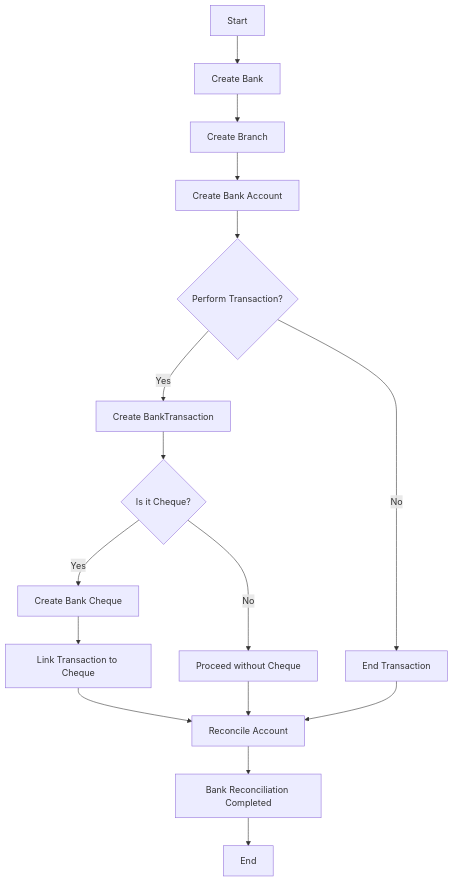
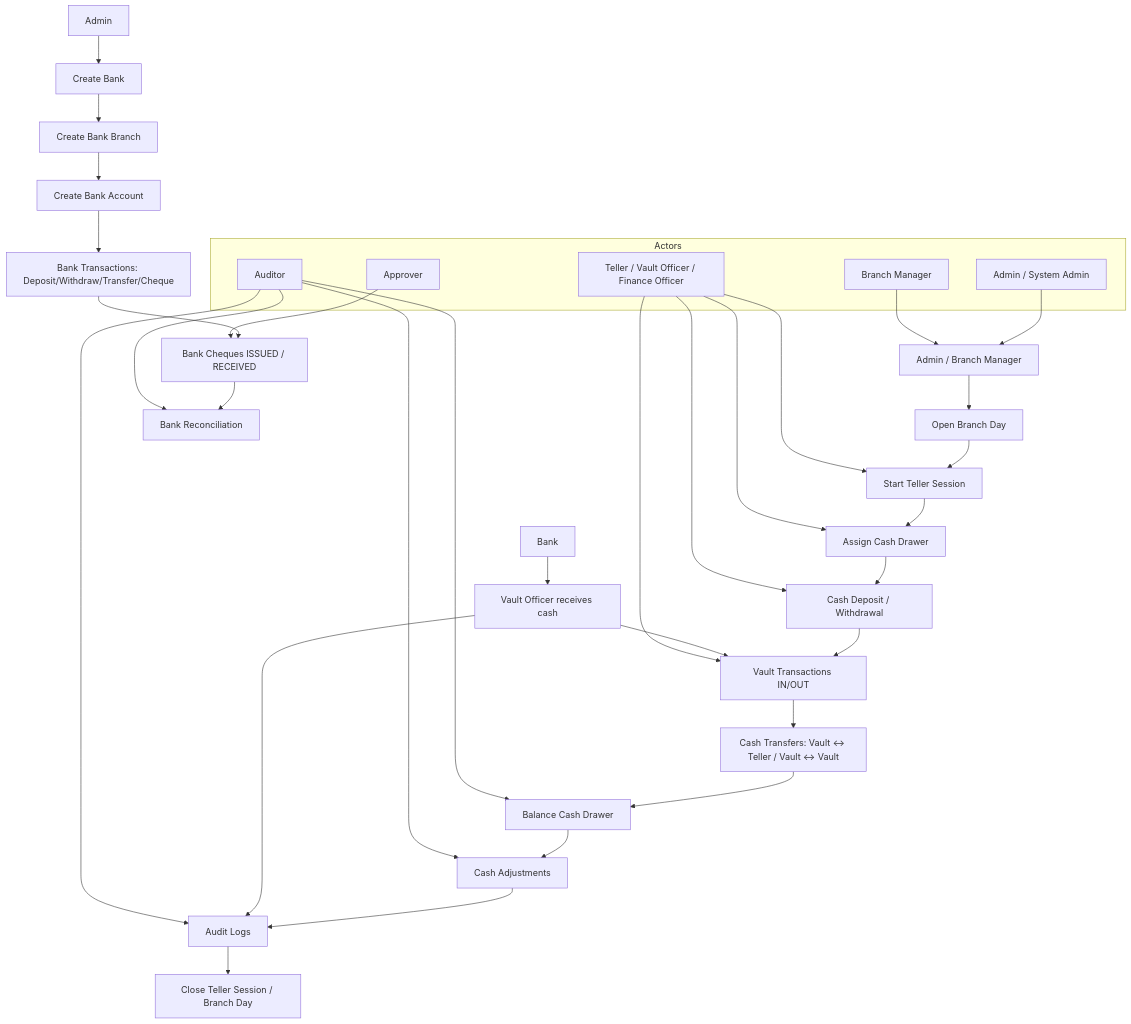
The diagram in _doc/bank_cash_module.md (Newton-Mitro/ccuss), drawn with Mermaid before and after one commit. The commit also changed other lines of this file and 51 other files, not shown here.

````diff
--- a/_doc/bank_cash_module.md
+++ b/_doc/bank_cash_module.md
@@ -84,21 +138,46 @@
 ```mermaid
 flowchart TD
-    A[Start] --> B[Create Bank]
-    B --> C[Create Branch]
-    C --> D[Create Bank Account]
-    D --> E{Perform Transaction?}
+    %% Branch Cash Flow
+    A[Admin / Branch Manager] --> B[Open Branch Day]
+    B --> C[Start Teller Session]
+    C --> D[Assign Cash Drawer]
+    D --> E[Cash Deposit / Withdrawal]
+    E --> F[Vault Transactions IN/OUT]
+    F --> G[Cash Transfers: Vault ↔ Teller / Vault ↔ Vault]
+    G --> H[Balance Cash Drawer]
+    H --> I[Cash Adjustments]
+    I --> J[Audit Logs]
+    J --> K[Close Teller Session / Branch Day]
 
-    E -- Yes --> F[Create BankTransaction]
-    F --> G{Is it Cheque?}
-    G -- Yes --> H[Create Bank Cheque]
-    H --> I[Link Transaction to Cheque]
-    G -- No --> J[Proceed without Cheque]
+    %% Bank Flow
+    L[Admin] --> M[Create Bank] --> N[Create Bank Branch] --> O[Create Bank Account]
+    O --> P[Bank Transactions: Deposit/Withdraw/Transfer/Cheque]
+    P --> Q[Bank Cheques ISSUED / RECEIVED]
+    Q --> R[Bank Reconciliation]
 
-    E -- No --> K[End Transaction]
+    %% Vault Cash Received from Bank
+    S[Bank] --> T[Vault Officer receives cash]
+    T --> F
+    T --> J
 
-    I --> L[Reconcile Account]
-    J --> L
-    K --> L
-    L --> M[Bank Reconciliation Completed]
-    M --> N[End]
+    %% Actors
+    subgraph Actors
+        X[Admin / System Admin]
+        Y[Branch Manager]
+        Z[Teller / Vault Officer / Finance Officer]
+        W[Approver]
+        V[Auditor]
+    end
+
+    X --> A
+    Y --> A
+    Z --> C
+    Z --> D
+    Z --> E
+    Z --> F
+    W --> Q
+    V --> H
+    V --> I
+    V --> J
+    V --> R
 ```
````
